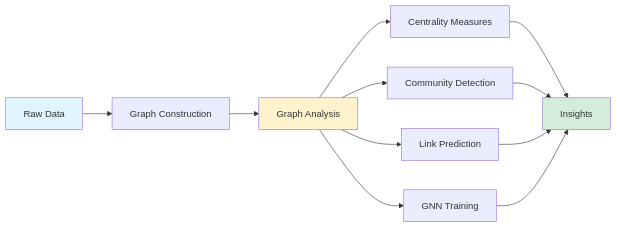
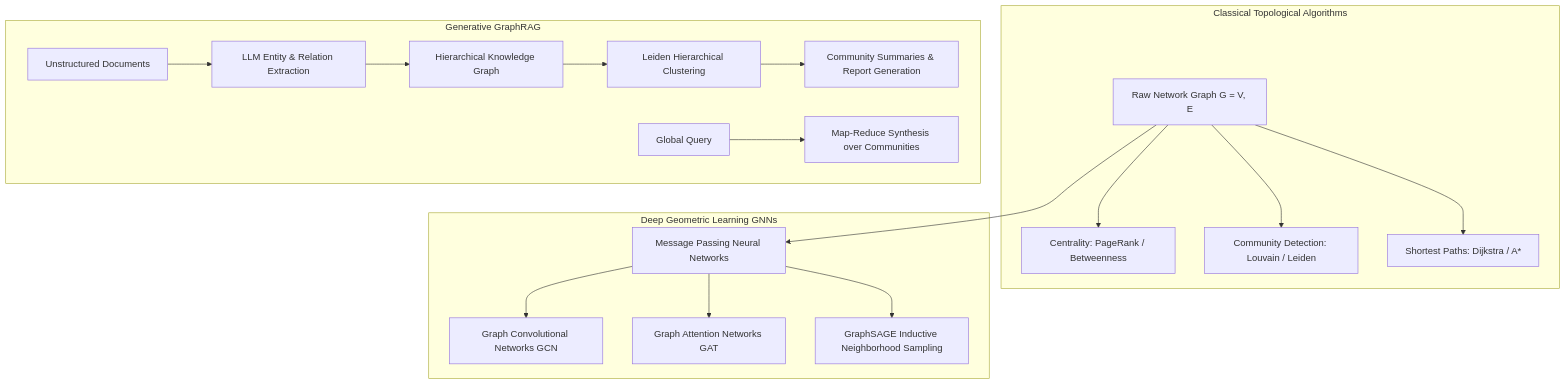
One commit to akillness/akillness.github.io changed the diagram in _posts/2024/05/2024-05-19-graph-analytic.md. Above: the diagram before and after it, drawn with Mermaid. The commit also changed other lines of this file and 1 other file, not shown here.

Commit message:
archive(dev): rebuild graph-analytic from 2024-05 note

````diff
--- a/_posts/2024/05/2024-05-19-graph-analytic.md
+++ b/_posts/2024/05/2024-05-19-graph-analytic.md
@@ -157,17 +48,23 @@
 ```mermaid
-graph LR
-    A[Raw Data] --> B[Graph Construction]
-    B --> C[Graph Analysis]
-    C --> D[Centrality Measures]
-    C --> E[Community Detection]
-    C --> F[Link Prediction]
-    C --> G[GNN Training]
-    D --> H[Insights]
-    E --> H
-    F --> H
-    G --> H
-    
-    style A fill:#e1f5ff
-    style C fill:#fff3cd
-    style H fill:#d4edda
+graph TD
+    subgraph Classical Topological Algorithms
+        A[Raw Network Graph G = V, E] --> Cent[Centrality: PageRank / Betweenness]
+        A --> Comm[Community Detection: Louvain / Leiden]
+        A --> Path[Shortest Paths: Dijkstra / A*]
+    end
+
+    subgraph Deep Geometric Learning GNNs
+        A --> MP[Message Passing Neural Networks]
+        MP --> GCN[Graph Convolutional Networks GCN]
+        MP --> GAT[Graph Attention Networks GAT]
+        MP --> SAGE[GraphSAGE Inductive Neighborhood Sampling]
+    end
+
+    subgraph Generative GraphRAG
+        Docs[Unstructured Documents] --> LLMExtract[LLM Entity & Relation Extraction]
+        LLMExtract --> Subgraph[Hierarchical Knowledge Graph]
+        Subgraph --> LeidenClust[Leiden Hierarchical Clustering]
+        LeidenClust --> CommSummary[Community Summaries & Report Generation]
+        Query[Global Query] --> Synthesis[Map-Reduce Synthesis over Communities]
+    end
 ```
````
